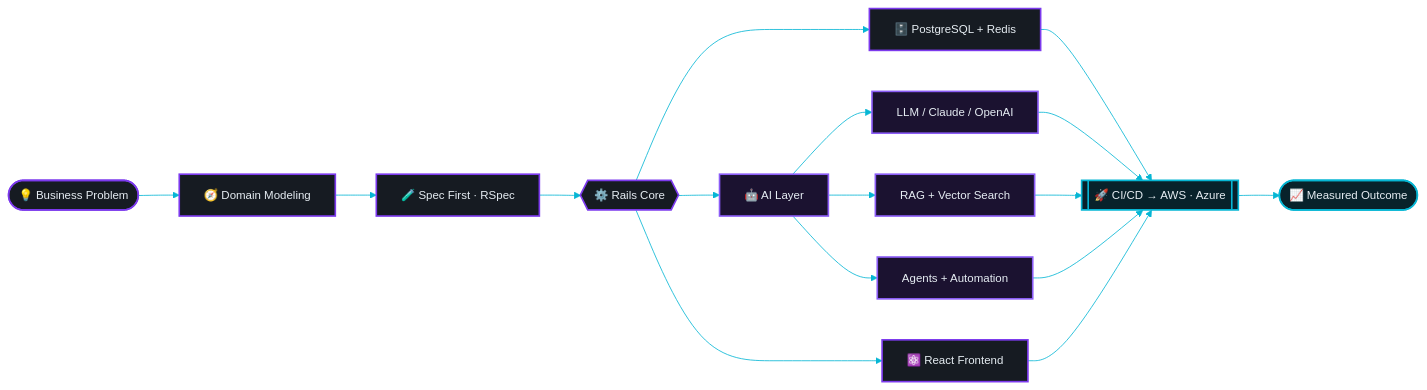
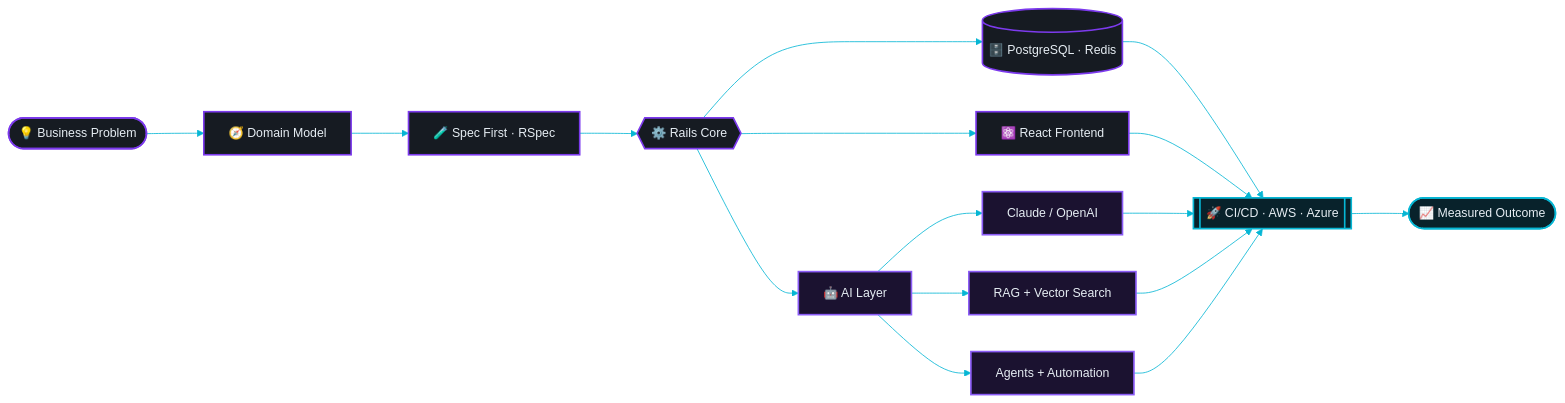
One commit to seemakram15/seemakram15 changed the first of 2 diagrams in README.md. Above: the diagram before and after it, drawn with Mermaid. The commit also changed other lines of this file, not shown here.

````diff
--- a/README.md
+++ b/README.md
@@ -176,26 +193,29 @@
 ```mermaid
-%%{init: {'theme':'base','themeVariables':{'background':'#0D1117','primaryColor':'#161B22','primaryTextColor':'#C9D1D9','primaryBorderColor':'#7C3AED','lineColor':'#06B6D4','secondaryColor':'#1F2937','tertiaryColor':'#161B22','fontFamily':'ui-monospace, SFMono-Regular, monospace','fontSize':'14px'}}}%%
+%%{init: {'theme':'base','themeVariables':{'primaryColor':'#161B22','primaryTextColor':'#E6EDF3','primaryBorderColor':'#7C3AED','lineColor':'#06B6D4','secondaryColor':'#1B1230','tertiaryColor':'#0D1117','fontFamily':'ui-monospace, SFMono-Regular, monospace','fontSize':'15px'},'flowchart':{'curve':'basis','nodeSpacing':45,'rankSpacing':70}}}%%
 flowchart LR
-    A([💡 Business Problem]) --> B[🧭 Domain Modeling]
+    A([💡 Business Problem]) --> B[🧭 Domain Model]
     B --> C[🧪 Spec First · RSpec]
     C --> D{{⚙️ Rails Core}}
-    D --> E[🗄️ PostgreSQL + Redis]
+
+    D --> E[(🗄️ PostgreSQL · Redis)]
+    D --> G[⚛️ React Frontend]
     D --> F[🤖 AI Layer]
-    F --> F1[LLM / Claude / OpenAI]
+
+    F --> F1[Claude / OpenAI]
     F --> F2[RAG + Vector Search]
     F --> F3[Agents + Automation]
-    D --> G[⚛️ React Frontend]
-    E --> H[[🚀 CI/CD → AWS · Azure]]
+
+    E --> H[[🚀 CI/CD · AWS · Azure]]
+    G --> H
     F1 --> H
     F2 --> H
     F3 --> H
-    G --> H
     H --> I([📈 Measured Outcome])
 
     classDef core fill:#161B22,stroke:#7C3AED,stroke-width:2px,color:#E6EDF3
     classDef ai fill:#1B1230,stroke:#8B5CF6,stroke-width:2px,color:#E6EDF3
     classDef ship fill:#08222B,stroke:#06B6D4,stroke-width:2px,color:#E6EDF3
     class A,B,C,D,E,G core
     class F,F1,F2,F3 ai
     class H,I ship
 ```
````
